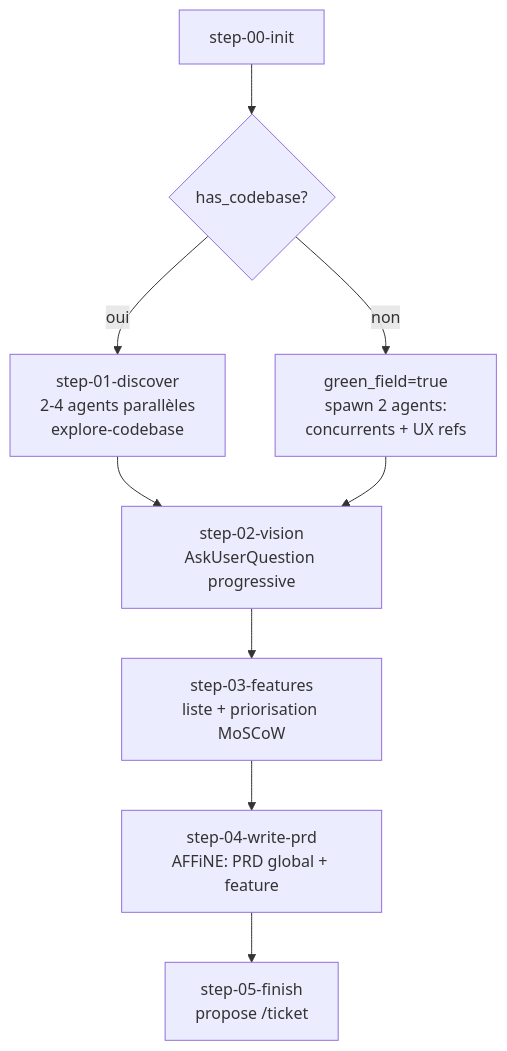
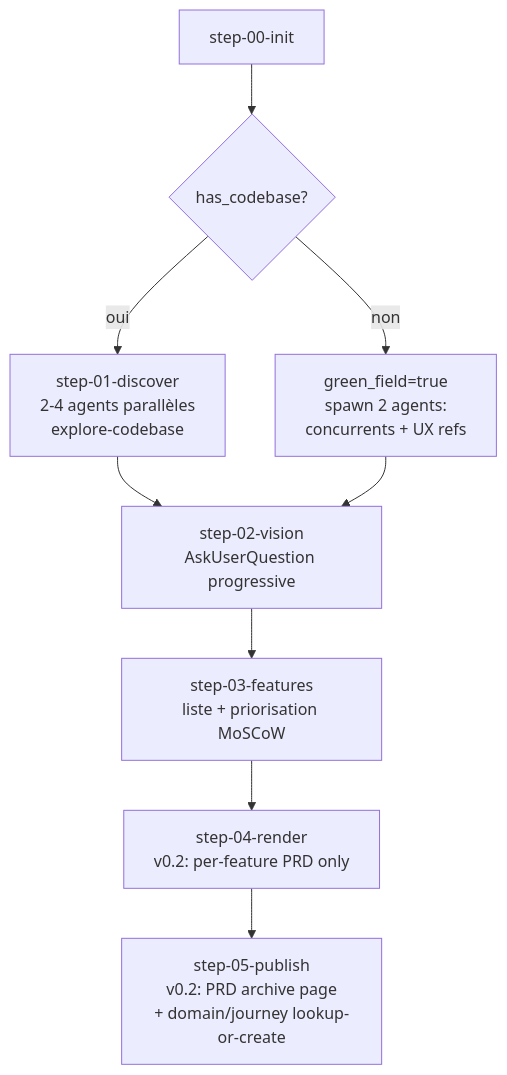
Before and after one commit to BryanBerger98/snapship-plugin: the third of 10 diagrams in docs/diagram.md, drawn with Mermaid. The commit also changed other lines of this file and 40 other files, not shown here.

First line of the commit message:
feat(v0.2): doc architecture refactor — PRD archive + functional doc + auto-update

````diff
--- a/docs/diagram.md
+++ b/docs/diagram.md
@@ -50,11 +50,11 @@
 ```mermaid
 flowchart TB
     S0[step-00-init] --> DETECT{has_codebase?}
     DETECT -->|oui| S1[step-01-discover<br/>2-4 agents parallèles<br/>explore-codebase]
     DETECT -->|non| GREEN[green_field=true<br/>spawn 2 agents:<br/>concurrents + UX refs]
     S1 --> S2[step-02-vision<br/>AskUserQuestion progressive]
     GREEN --> S2
     S2 --> S3[step-03-features<br/>liste + priorisation MoSCoW]
-    S3 --> S4[step-04-write-prd<br/>AFFiNE: PRD global + feature]
-    S4 --> S5[step-05-finish<br/>propose /ticket]
+    S3 --> S4[step-04-render<br/>v0.2: per-feature PRD only]
+    S4 --> S5[step-05-publish<br/>v0.2: PRD archive page<br/>+ domain/journey lookup-or-create]
 ```
````
